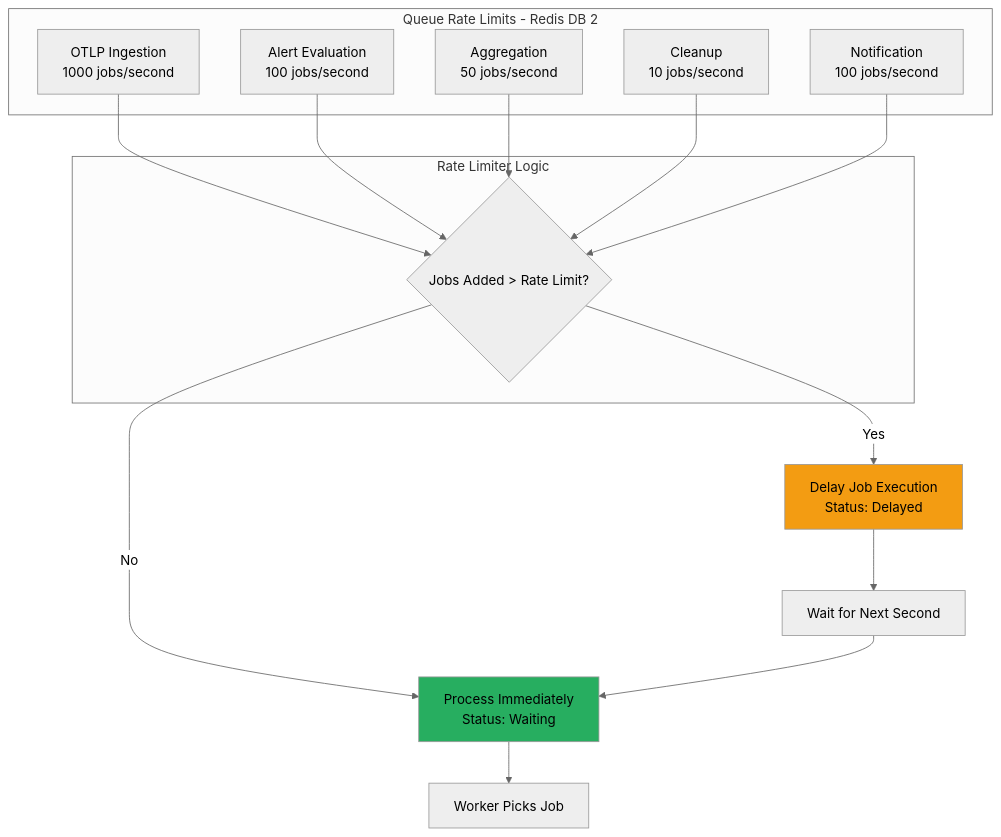
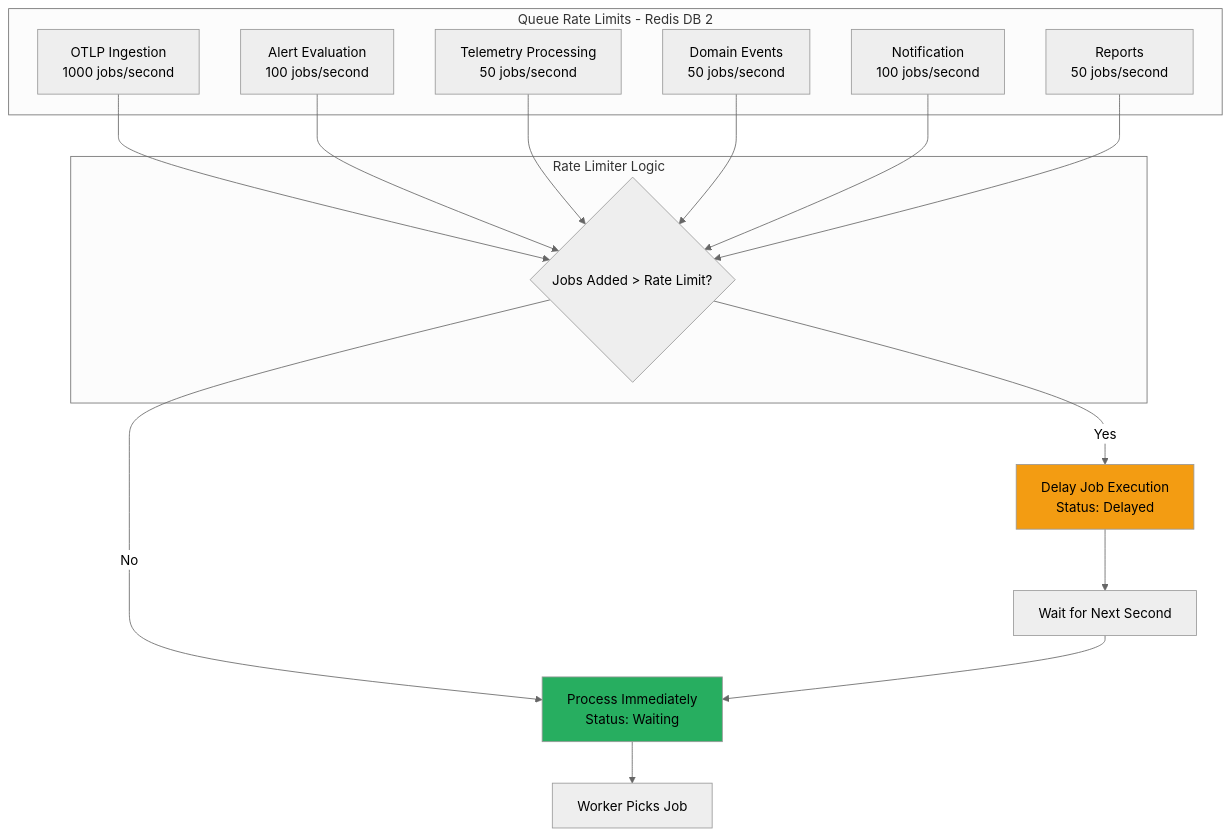
Before and after one commit to telemetryflow/telemetryflow-overview: diagram 39 of 54 in architecture/05-PERFORMANCE.md, drawn with Mermaid (neutral theme). The commit also changed other lines of this file and 68 other files, not shown here.

````diff
--- a/architecture/05-PERFORMANCE.md
+++ b/architecture/05-PERFORMANCE.md
@@ -1479,31 +1489,33 @@
 ```mermaid
 graph TB
     subgraph "Queue Rate Limits - Redis DB 2"
         A[OTLP Ingestion<br/>1000 jobs/second]
         B[Alert Evaluation<br/>100 jobs/second]
-        C[Aggregation<br/>50 jobs/second]
-        D[Cleanup<br/>10 jobs/second]
+        C[Telemetry Processing<br/>50 jobs/second]
+        D[Domain Events<br/>50 jobs/second]
         E[Notification<br/>100 jobs/second]
+        F2[Reports<br/>50 jobs/second]
     end
 
     subgraph "Rate Limiter Logic"
         F{Jobs Added > Rate Limit?}
     end
 
     A --> F
     B --> F
     C --> F
     D --> F
     E --> F
+    F2 --> F
 
     F -->|Yes| G[Delay Job Execution<br/>Status: Delayed]
     F -->|No| H[Process Immediately<br/>Status: Waiting]
 
     G --> I[Wait for Next Second]
     I --> H
 
     H --> J[Worker Picks Job]
 
     style G fill:#f39c12
     style H fill:#27ae60
 ```
````
